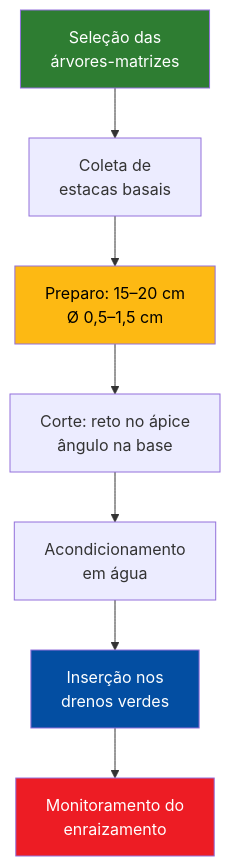
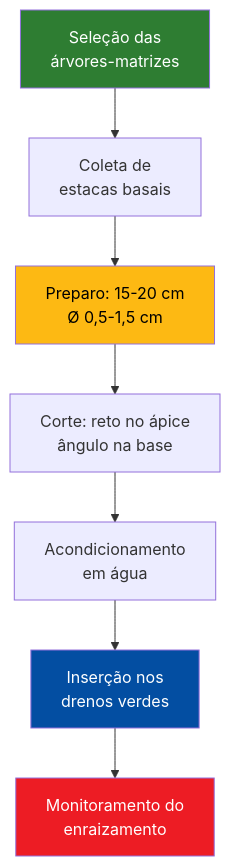
Before and after one commit to ldvsantos/cv: the seventh of 10 diagrams in aulas/bioengenharia_de_solos/aulas/aula10_feixes_vivos/aula10_feixes_vivos.qmd, drawn with Mermaid. The commit also changed other lines of this file and 396 other files, not shown here.

````diff
--- a/aulas/bioengenharia_de_solos/aulas/aula10_feixes_vivos/aula10_feixes_vivos.qmd
+++ b/aulas/bioengenharia_de_solos/aulas/aula10_feixes_vivos/aula10_feixes_vivos.qmd
@@ -761,14 +761,14 @@
 ```{mermaid}
 %%| fig-width: 5
 graph TD
     A["Seleção das<br>árvores-matrizes"] --> B["Coleta de<br>estacas basais"]
-    B --> C["Preparo: 15–20 cm<br>Ø 0,5–1,5 cm"]
+    B --> C["Preparo: 15-20 cm<br>Ø 0,5-1,5 cm"]
     C --> D["Corte: reto no ápice<br>ângulo na base"]
     D --> E["Acondicionamento<br>em água"]
     E --> F["Inserção nos<br>drenos verdes"]
     F --> G["Monitoramento do<br>enraizamento"]
     style A fill:#2E7D32,color:#fff
     style C fill:#FDB913,color:#000
     style F fill:#034EA2,color:#fff
     style G fill:#ED1C24,color:#fff
 ```
````
